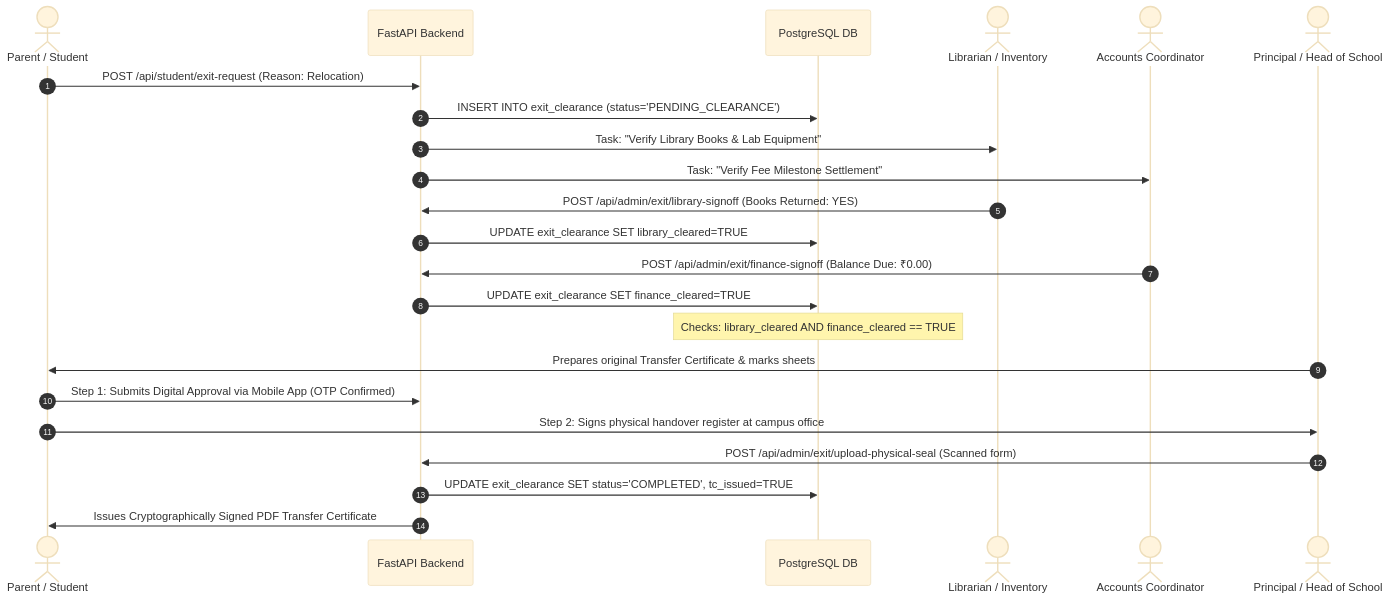
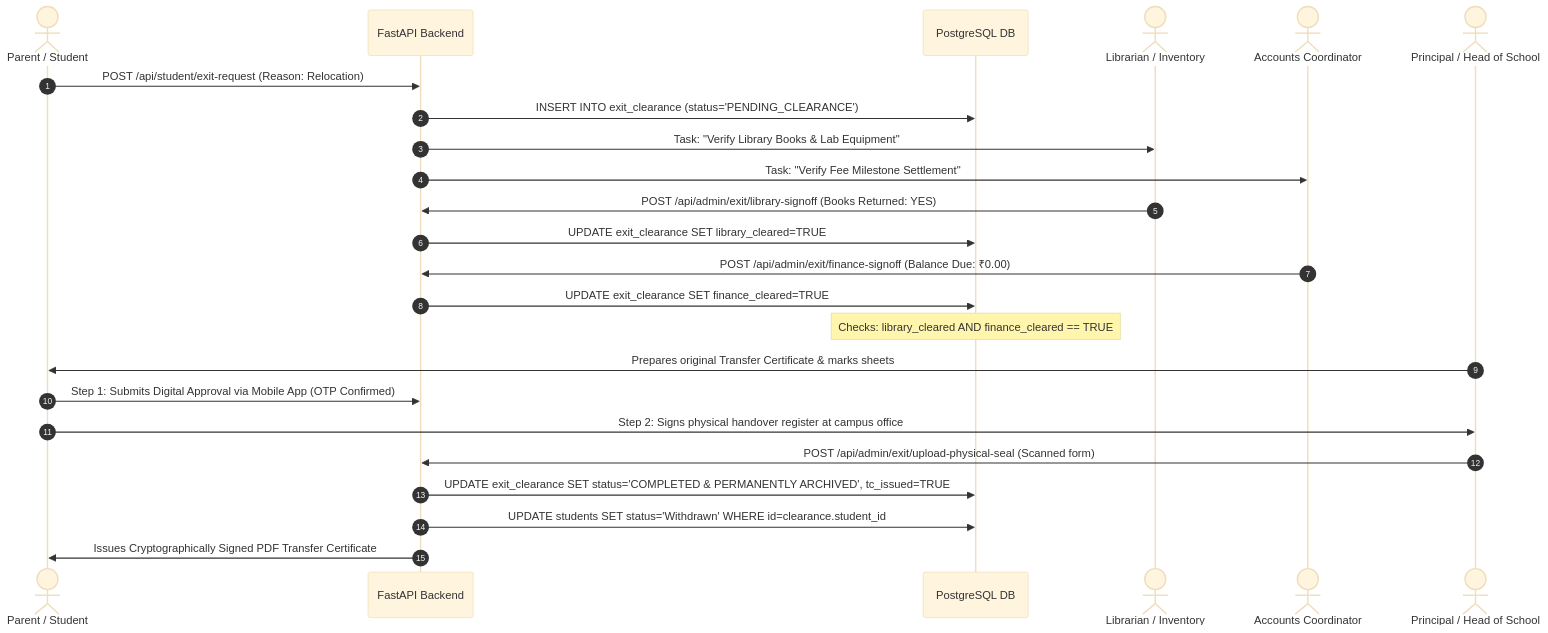
Before and after one commit to DiradzProducts/EDU360: the fourth of 9 diagrams in docs/prd/PRD.md, drawn with Mermaid (base theme). The commit also changed other lines of this file and 54 other files, not shown here.

Commit message:
feat(core): synchronize cross-role workflows, dynamic surveillance, and v10.0 architecture

````diff
--- a/docs/prd/PRD.md
+++ b/docs/prd/PRD.md
@@ -308,26 +320,27 @@
 ```mermaid
 sequenceDiagram
     autonumber
     actor Parent as Parent / Student
     participant API as FastAPI Backend
     participant DB as PostgreSQL DB
     actor Lib as Librarian / Inventory
     actor Fin as Accounts Coordinator
     actor Admin as Principal / Head of School
 
     Parent->>API: POST /api/student/exit-request (Reason: Relocation)
     API->>DB: INSERT INTO exit_clearance (status='PENDING_CLEARANCE')
     API->>Lib: Task: "Verify Library Books & Lab Equipment"
     API->>Fin: Task: "Verify Fee Milestone Settlement"
     Lib->>API: POST /api/admin/exit/library-signoff (Books Returned: YES)
     API->>DB: UPDATE exit_clearance SET library_cleared=TRUE
     Fin->>API: POST /api/admin/exit/finance-signoff (Balance Due: ₹0.00)
     API->>DB: UPDATE exit_clearance SET finance_cleared=TRUE
     Note over DB: Checks: library_cleared AND finance_cleared == TRUE
     Admin->>Parent: Prepares original Transfer Certificate & marks sheets
     Parent->>API: Step 1: Submits Digital Approval via Mobile App (OTP Confirmed)
     Parent->>Admin: Step 2: Signs physical handover register at campus office
     Admin->>API: POST /api/admin/exit/upload-physical-seal (Scanned form)
-    API->>DB: UPDATE exit_clearance SET status='COMPLETED', tc_issued=TRUE
+    API->>DB: UPDATE exit_clearance SET status='COMPLETED & PERMANENTLY ARCHIVED', tc_issued=TRUE
+    API->>DB: UPDATE students SET status='Withdrawn' WHERE id=clearance.student_id
     API->>Parent: Issues Cryptographically Signed PDF Transfer Certificate
 ```
````
